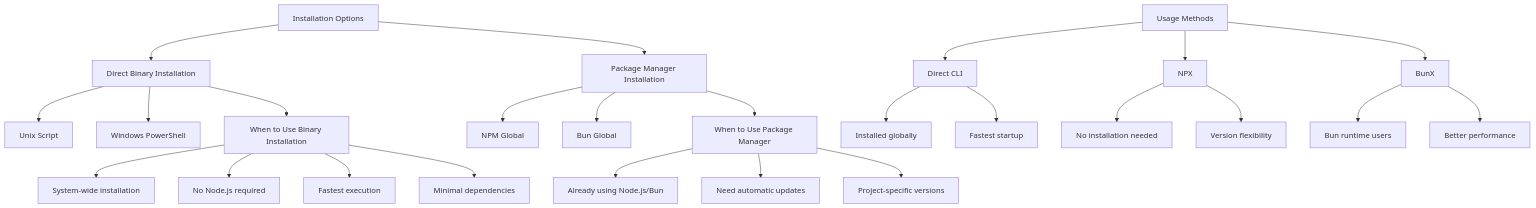
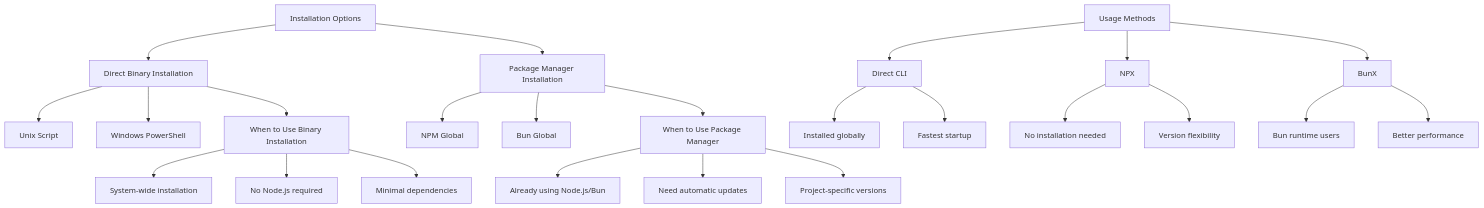
Before and after one commit to presidio-oss/specifai-mcp-server: the diagram in README.md, drawn with Mermaid. The commit also changed other lines of this file and 6 other files, not shown here.

````diff
--- a/README.md
+++ b/README.md
@@ -7,38 +7,37 @@
 ```mermaid
 graph TD
     A[Installation Options]
 
     A --> B[Direct Binary Installation]
     A --> C[Package Manager Installation]
 
     B --> D[Unix Script]
     B --> E[Windows PowerShell]
 
     C --> F[NPM Global]
     C --> G[Bun Global]
 
     B --> H1[When to Use Binary Installation]
     H1 --> I1[System-wide installation]
     H1 --> I2[No Node.js required]
-    H1 --> I3[Fastest execution]
-    H1 --> I4[Minimal dependencies]
+    H1 --> I3[Minimal dependencies]
 
     C --> H2[When to Use Package Manager]
     H2 --> J1[Already using Node.js/Bun]
     H2 --> J2[Need automatic updates]
     H2 --> J3[Project-specific versions]
 
     K[Usage Methods]
     K --> L[Direct CLI]
     K --> M[NPX]
     K --> N[BunX]
 
     L --> O1[Installed globally]
     L --> O2[Fastest startup]
 
     M --> P1[No installation needed]
     M --> P2[Version flexibility]
 
     N --> Q1[Bun runtime users]
     N --> Q2[Better performance]
 ```
````
